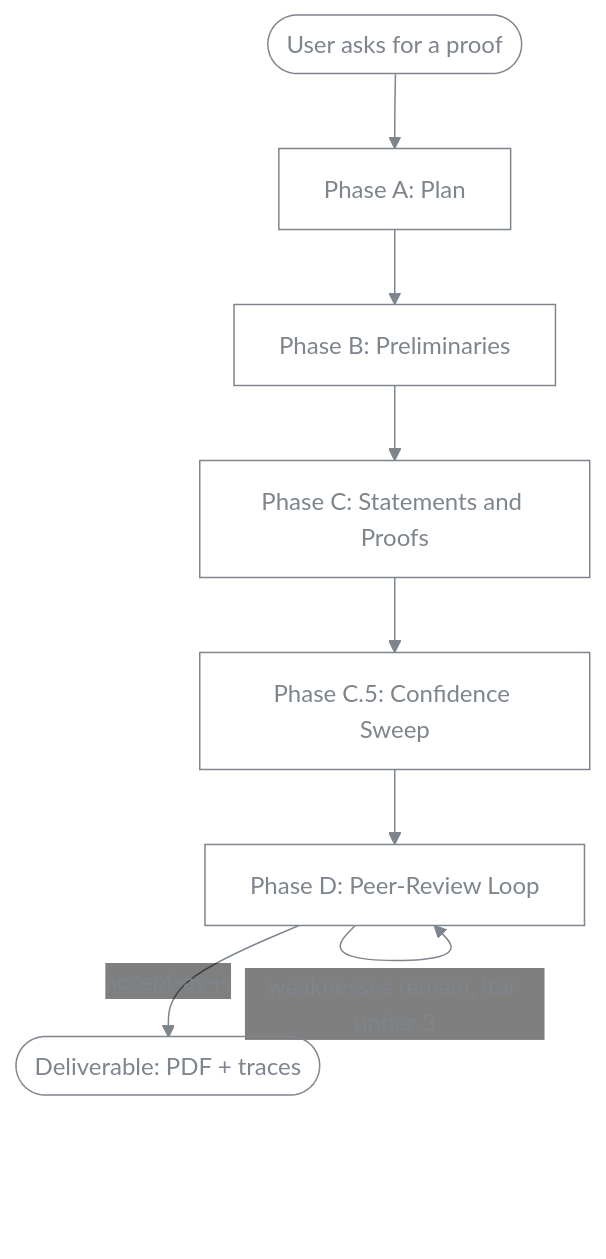
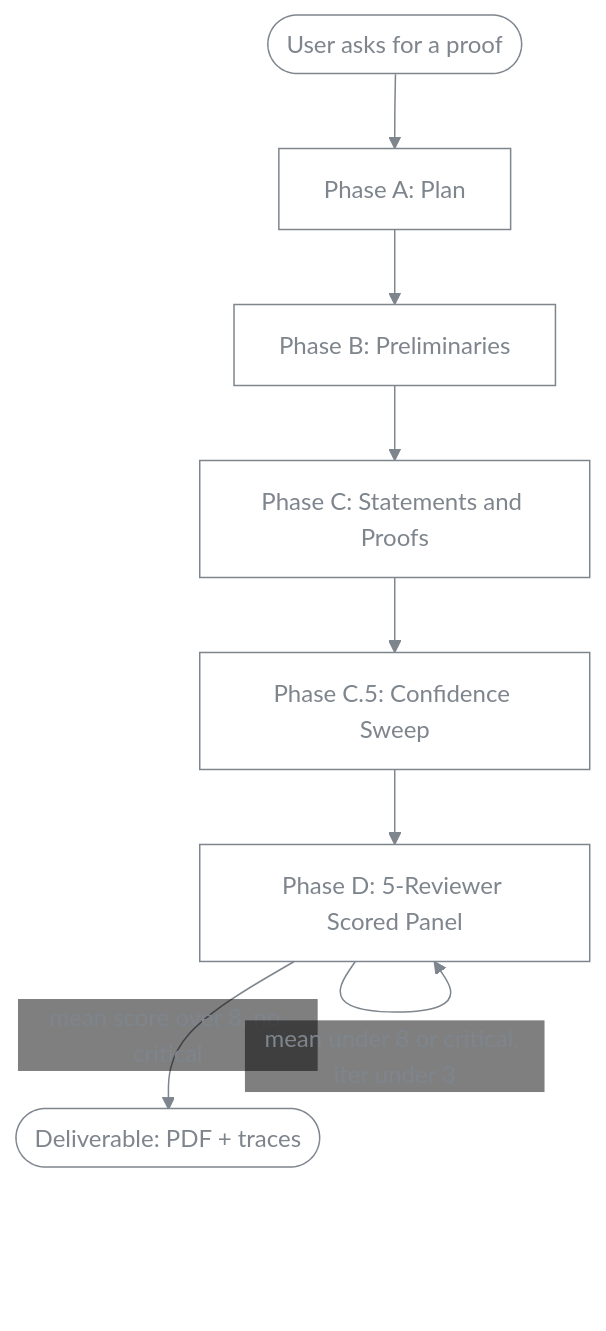
The first of 2 diagrams in README.md (ChristianYang37/DLT-Proof-Writing-Skill), drawn with Mermaid before and after one commit. The commit also changed other lines of this file and 357 other files, not shown here.

````diff
--- a/README.md
+++ b/README.md
@@ -44,12 +46,12 @@
 ```mermaid
 %%{init: {'theme':'base','themeVariables':{'primaryColor':'transparent','primaryTextColor':'#7e858d','primaryBorderColor':'#7e858d','lineColor':'#7e858d','secondaryColor':'transparent','tertiaryColor':'transparent'}}}%%
 flowchart TD
     Start([User asks for a proof]) --> A
     A[Phase A: Plan] --> B
     B[Phase B: Preliminaries] --> C
     C[Phase C: Statements and Proofs] --> CC
     CC[Phase C.5: Confidence Sweep] --> D
-    D[Phase D: Peer-Review Loop]
-    D -->|accept-as-is| Out([Deliverable: PDF + traces])
-    D -->|weaknesses remain, iter under 3| D
+    D[Phase D: 5-Reviewer Scored Panel]
+    D -->|mean score over 8, no critical| Out([Deliverable: PDF + traces])
+    D -->|mean under 8 or critical, iter under 3| D
 ```
````
